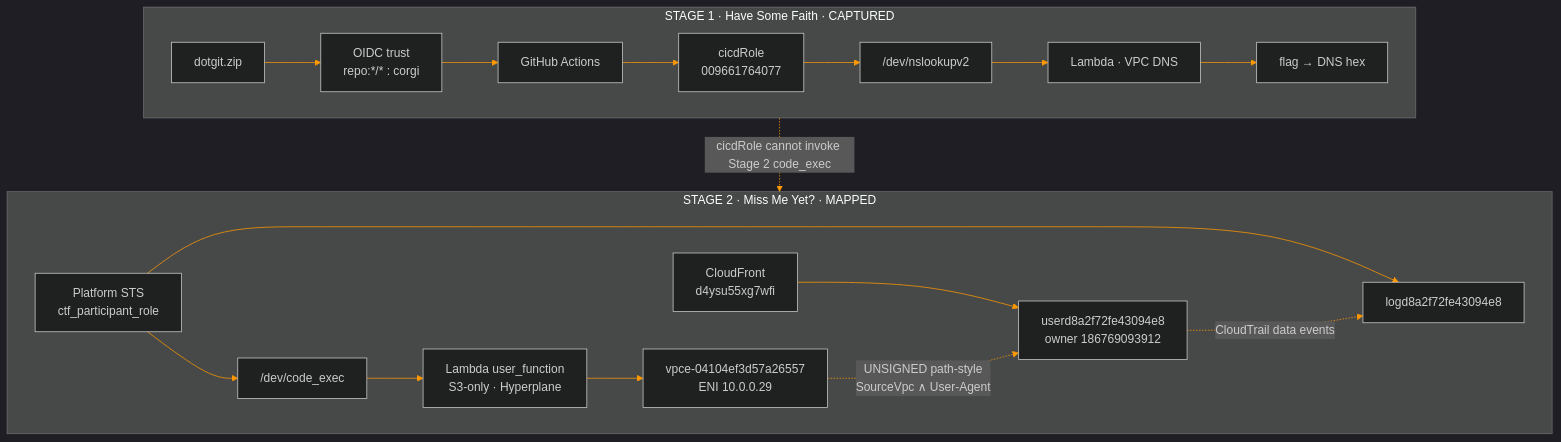
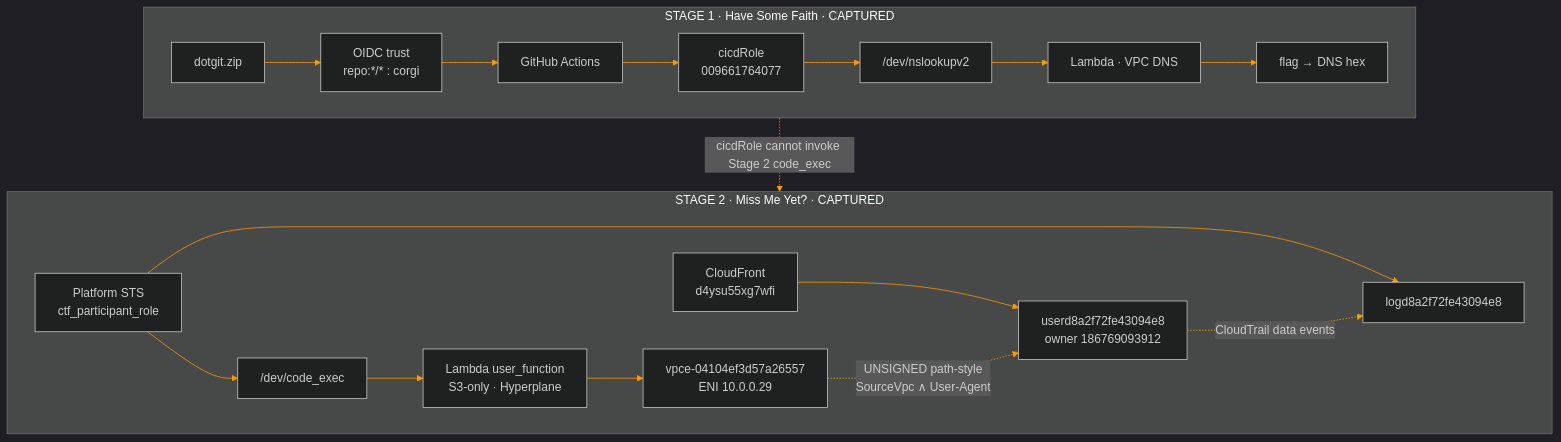
Before and after one commit to FREECANDY-DEV/MAFAT-2026: the diagram in README.md, drawn with Mermaid. The commit also changed 1 other file, not shown here.

Commit message:
Fix all Mermaid diagram syntax and headers in markdown files

````diff
--- a/README.md
+++ b/README.md
@@ -90,36 +90,36 @@
 ```mermaid
 %%{init: {
   'theme': 'dark',
   'themeVariables': {
     'primaryColor': '#232F3E',
     'primaryTextColor': '#FFFFFF',
     'primaryBorderColor': '#FF9900',
     'lineColor': '#FF9900',
     'secondaryColor': '#161E2D',
     'tertiaryColor': '#0D1117'
   }
 }}%%
 flowchart TB
     subgraph S1["STAGE 1 · Have Some Faith · CAPTURED"]
         direction LR
         ZIP["dotgit.zip"] --> OIDC["OIDC trust<br/>repo:*/* : corgi"]
         OIDC --> GHA["GitHub Actions"]
         GHA --> CICD["cicdRole<br/>009661764077"]
         CICD --> NS["/dev/nslookupv2"]
         NS --> L1["Lambda · VPC DNS"]
         L1 --> F1["flag → DNS hex"]
     end
 
-    subgraph S2["STAGE 2 · Miss Me Yet? · MAPPED"]
+    subgraph S2["STAGE 2 · Miss Me Yet? · CAPTURED"]
         direction LR
         STS["Platform STS<br/>ctf_participant_role"] --> CE["/dev/code_exec"]
         STS --> LOG["logd8a2f72fe43094e8"]
         CE --> L2["Lambda user_function<br/>S3-only · Hyperplane"]
         L2 --> VPCE["vpce-04104ef3d57a26557<br/>ENI 10.0.0.29"]
         CF["CloudFront<br/>d4ysu55xg7wfi"] --> USER["userd8a2f72fe43094e8<br/>owner 186769093912"]
         VPCE -.->|"UNSIGNED path-style<br/>SourceVpc ∧ User-Agent"| USER
         USER -.->|"CloudTrail data events"| LOG
     end
 
     S1 -.->|"cicdRole cannot invoke Stage 2 code_exec"| S2
 ```
````
